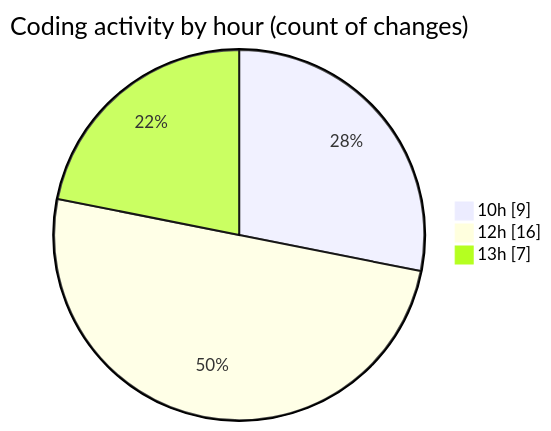
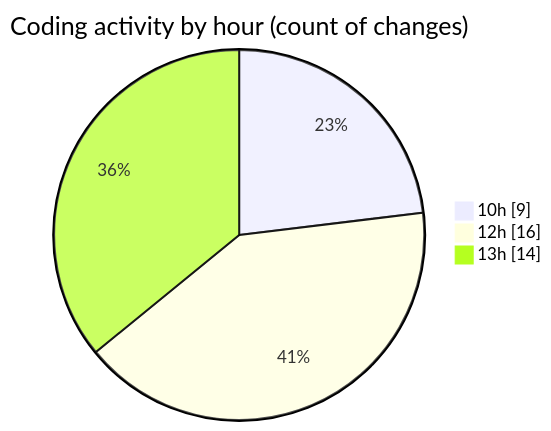
One commit to momahboobian/code-tracking changed the second of 2 diagrams in 2025-10-28/cda/README.md. Above: the diagram before and after it, drawn with Mermaid. The commit also changed other lines of this file and 1 other file, not shown here.

````diff
--- a/2025-10-28/cda/README.md
+++ b/2025-10-28/cda/README.md
@@ -49,7 +49,7 @@
 ```mermaid
 pie showData
 title Coding activity by hour (count of changes)
 "10h" : 9
 "12h" : 16
-"13h" : 7
+"13h" : 14
 ```
````
